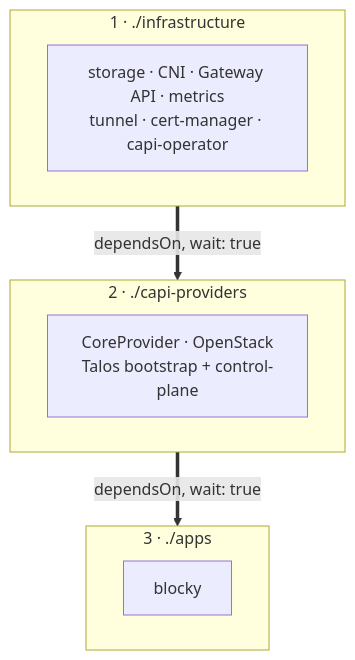
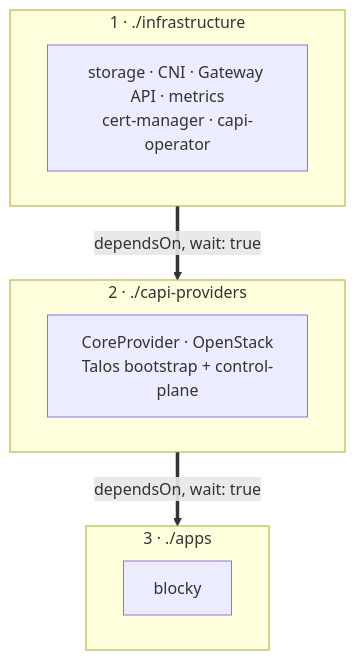
The second of 3 diagrams in README.md (rezachalak/homelab), drawn with Mermaid before and after one commit. The commit also changed other lines of this file and 6 other files, not shown here.

````diff
--- a/README.md
+++ b/README.md
@@ -38,15 +38,15 @@
 ```mermaid
 flowchart TD
     subgraph s1["1 · ./infrastructure"]
-        i["storage · CNI · Gateway API · metrics<br/>tunnel · cert-manager · capi-operator"]
+        i["storage · CNI · Gateway API · metrics<br/>cert-manager · capi-operator"]
     end
     subgraph s2["2 · ./capi-providers"]
         p["CoreProvider · OpenStack<br/>Talos bootstrap + control-plane"]
     end
     subgraph s3["3 · ./apps"]
         a["blocky"]
     end
 
     s1 ==>|"dependsOn, wait: true"| s2
     s2 ==>|"dependsOn, wait: true"| s3
 ```
````
